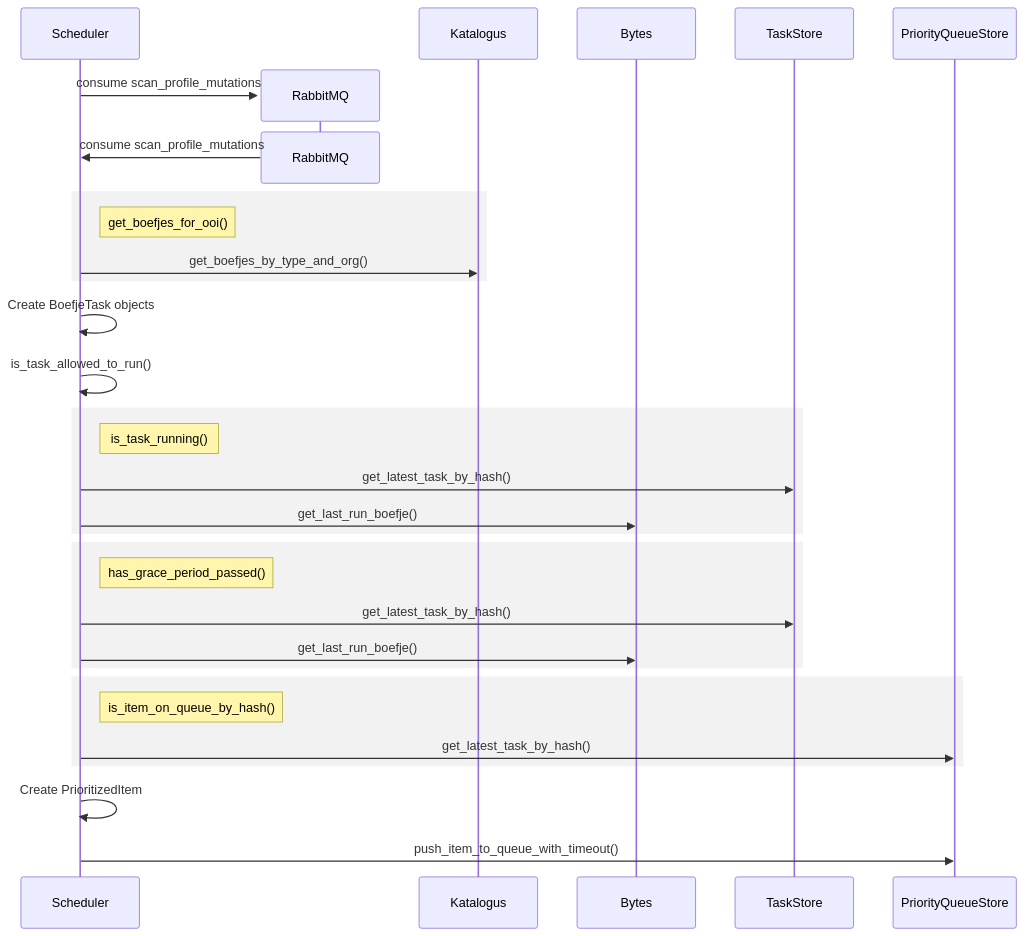
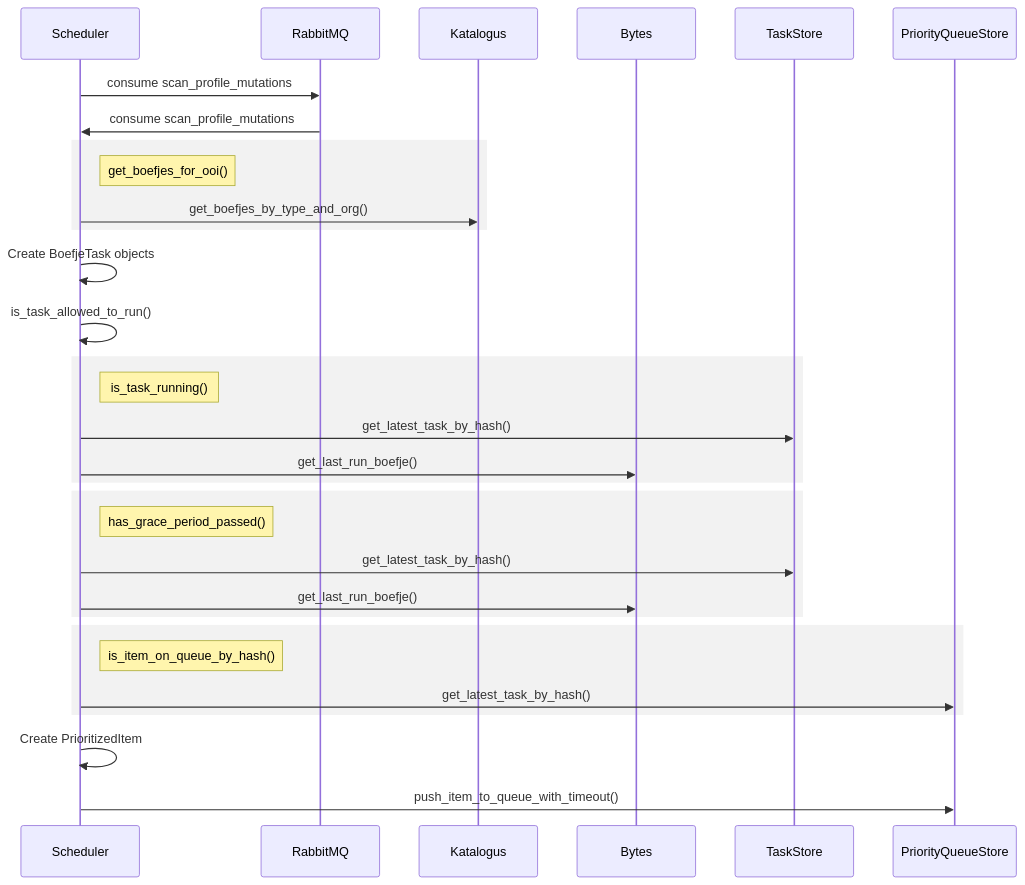
Before and after one commit to minvws/nl-kat-coordination: the fourth of 8 diagrams in mula/docs/architecture.md, drawn with Mermaid. The commit also changed other lines of this file, not shown here.

Commit message:
Fix diagrams

````diff
--- a/mula/docs/architecture.md
+++ b/mula/docs/architecture.md
@@ -224,43 +224,47 @@
 ```mermaid
 sequenceDiagram
     participant Scheduler
 
-    create participant RabbitMQ
-    Scheduler->>RabbitMQ: consume scan_profile_mutations
-    destroy RabbitMQ
-    RabbitMQ->>Scheduler: consume scan_profile_mutations
+    %% enable when github uses v10.3.0+ of mermaid
+    %% create participant RabbitMQ
+    %% scheduler->>rabbitmq: consume scan_profile_mutations
+    %% destroy rabbitmq
+    %% rabbitmq->>scheduler: consume scan_profile_mutations
 
+    participant RabbitMQ
     participant Katalogus
     participant Bytes
     participant TaskStore
     participant PriorityQueueStore
+
+    Scheduler->>RabbitMQ: consume scan_profile_mutations
+    RabbitMQ->>Scheduler: consume scan_profile_mutations
 
     rect rgb(242, 242, 242)
     note right of Scheduler: get_boefjes_for_ooi()
         Scheduler->>Katalogus: get_boefjes_by_type_and_org()
     end
 
     Scheduler->>Scheduler: Create BoefjeTask objects
-
     Scheduler->>Scheduler: is_task_allowed_to_run()
 
     rect rgb(242, 242, 242)
     note right of Scheduler: is_task_running()
         Scheduler->>TaskStore: get_latest_task_by_hash()
         Scheduler->>Bytes: get_last_run_boefje()
     end
 
     rect rgb(242, 242, 242)
     note right of Scheduler: has_grace_period_passed()
         Scheduler->>TaskStore: get_latest_task_by_hash()
         Scheduler->>Bytes: get_last_run_boefje()
     end
 
     rect rgb(242, 242, 242)
     note right of Scheduler: is_item_on_queue_by_hash()
         Scheduler->>PriorityQueueStore: get_latest_task_by_hash()
     end
 
     Scheduler->>Scheduler: Create PrioritizedItem
     Scheduler->>PriorityQueueStore: push_item_to_queue_with_timeout()
 ```
````
